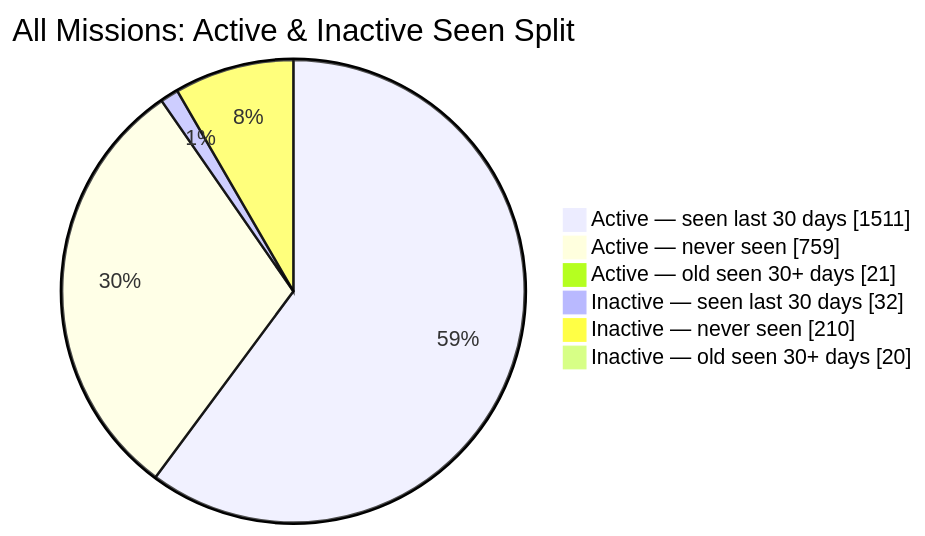
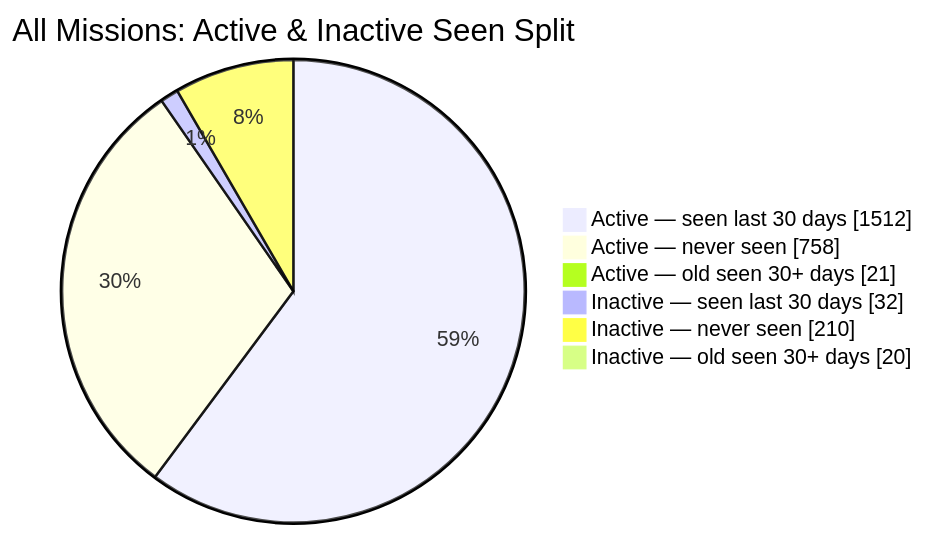
Before and after one commit to MeldkamerspelGameTeam/active-missions: the second of 2 diagrams in README.md, drawn with Mermaid. The commit also changed other lines of this file and 2 other files, not shown here.

````diff
--- a/README.md
+++ b/README.md
@@ -44,10 +44,10 @@
 ```mermaid
 pie showData
     title All Missions: Active & Inactive Seen Split
-    "Active — seen last 30 days" : 1511
-    "Active — never seen" : 759
+    "Active — seen last 30 days" : 1512
+    "Active — never seen" : 758
     "Active — old seen 30+ days" : 21
     "Inactive — seen last 30 days" : 32
     "Inactive — never seen" : 210
     "Inactive — old seen 30+ days" : 20
 ```
````
